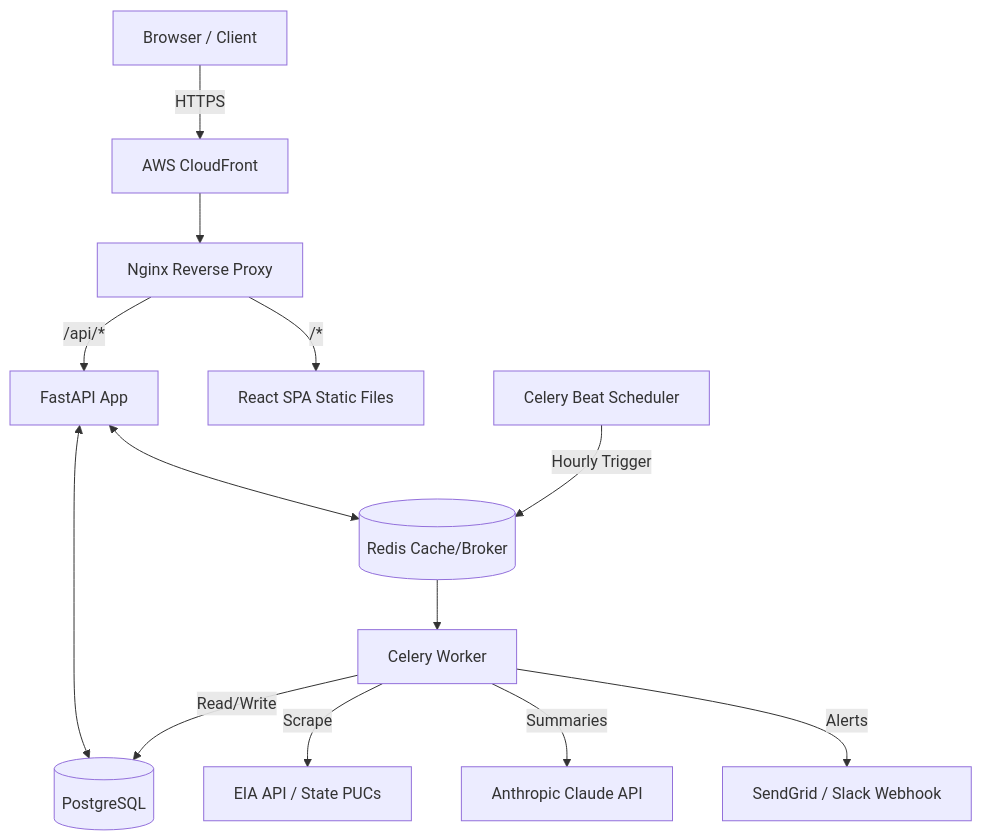
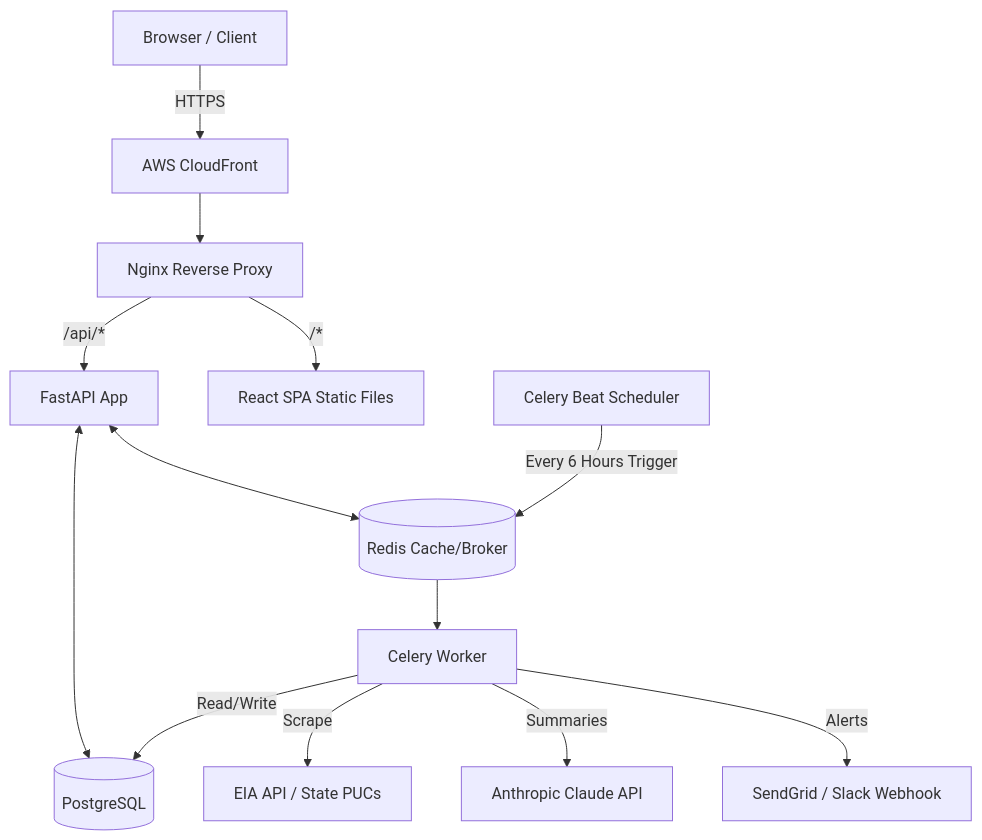
One commit to zeeshankhan-05/energy-pulse changed the diagram in README.md. Above: the diagram before and after it, drawn with Mermaid. The commit also changed other lines of this file and 6 other files, not shown here.

````diff
--- a/README.md
+++ b/README.md
@@ -15,19 +15,19 @@
 ```mermaid
 graph TD
     Client[Browser / Client] -->|HTTPS| CF[AWS CloudFront]
     CF --> Nginx[Nginx Reverse Proxy]
     
     Nginx -->|/api/*| FastAPI[FastAPI App]
     Nginx -->|/*| React[React SPA Static Files]
     
     FastAPI <--> DB[(PostgreSQL)]
     FastAPI <--> Redis[(Redis Cache/Broker)]
     
-    CeleryBeat[Celery Beat Scheduler] -->|Hourly Trigger| Redis
+    CeleryBeat[Celery Beat Scheduler] -->|Every 6 Hours Trigger| Redis
     Redis --> CeleryWorker[Celery Worker]
     
     CeleryWorker -->|Read/Write| DB
     CeleryWorker -->|Scrape| EIA[EIA API / State PUCs]
     CeleryWorker -->|Summaries| Claude[Anthropic Claude API]
     CeleryWorker -->|Alerts| SendGrid/Slack[SendGrid / Slack Webhook]
 ```
````
